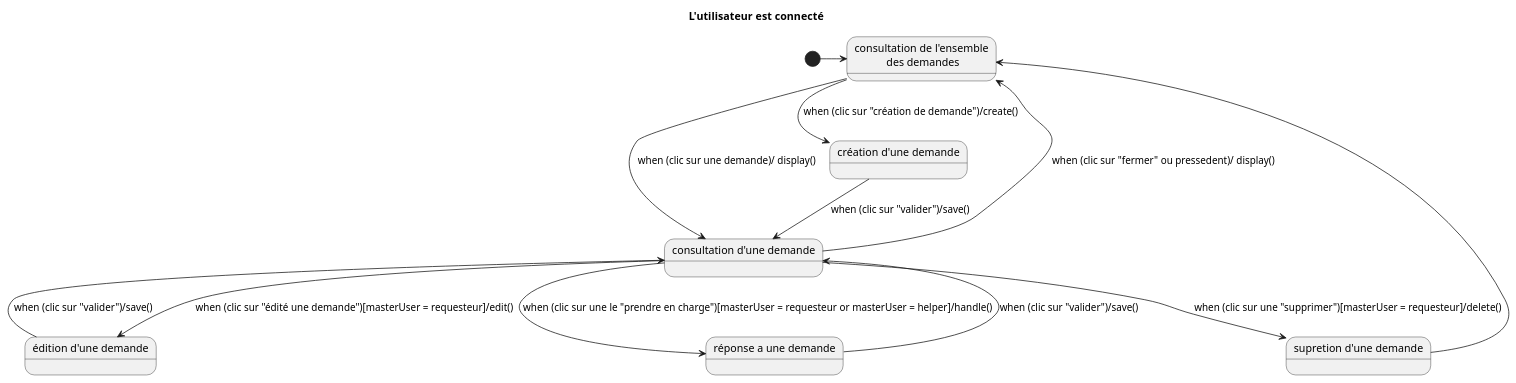
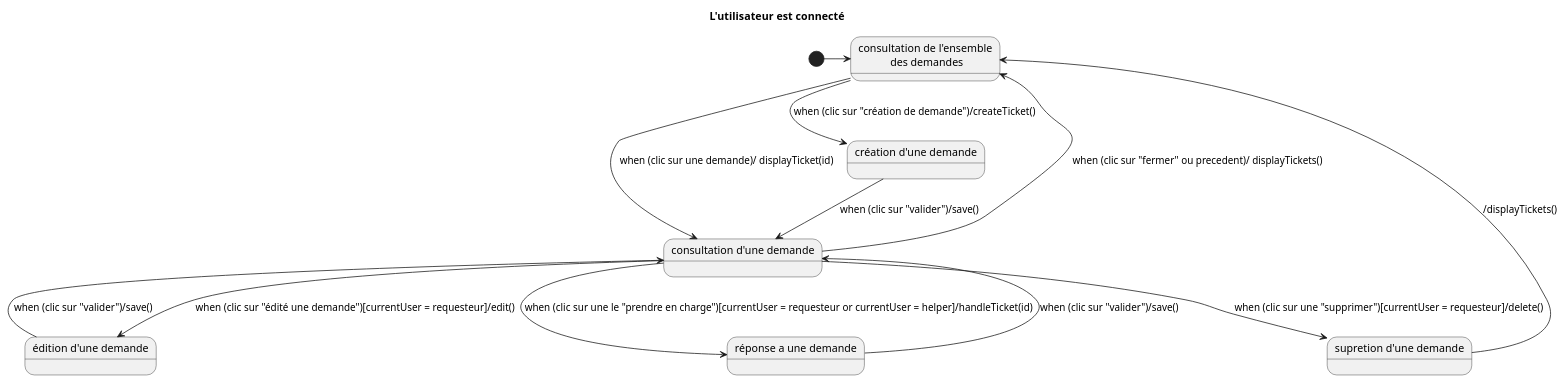
Before and after one commit to dorianleveque/CoHub: the diagram in docs/UML/diagramme etat transition/utilisateurconnecter.puml, drawn with PlantUML.

```diff
--- a/docs/UML/diagramme etat transition/utilisateurconnecter.puml
+++ b/docs/UML/diagramme etat transition/utilisateurconnecter.puml
@@ -1,23 +1,23 @@
 @startuml
 title L'utilisateur est connecté
 
 
   state S5 as "consultation de l'ensemble\n des demandes"
   state S6 as "consultation d'une demande"
   state S7 as "création d'une demande"
   state S8 as "édition d'une demande"
   state S9 as "supretion d'une demande"
   state S10 as "réponse a une demande"
 
   [*] -> S5
-  S5 --> S6 : when (clic sur une demande)/ display()
-  S6 --> S5 : when (clic sur "fermer" ou pressedent)/ display()
-  S5 --> S7 : when (clic sur "création de demande")/create()
-  S6 --> S8 : when (clic sur "édité une demande")[masterUser = requesteur]/edit()
-  S6 --> S9 : when (clic sur une "supprimer")[masterUser = requesteur]/delete()
-  S6 --> S10 : when (clic sur une le "prendre en charge")[masterUser = requesteur or masterUser = helper]/handle()
-  S9 --> S5  
+  S5 --> S6 : when (clic sur une demande)/ displayTicket(id)
+  S6 --> S5 : when (clic sur "fermer" ou precedent)/ displayTickets()
+  S5 --> S7 : when (clic sur "création de demande")/createTicket()
+  S6 --> S8 : when (clic sur "édité une demande")[currentUser = requesteur]/edit()
+  S6 --> S9 : when (clic sur une "supprimer")[currentUser = requesteur]/delete()
+  S6 --> S10 : when (clic sur une le "prendre en charge")[currentUser = requesteur or currentUser = helper]/handleTicket(id)
+  S9 --> S5:  /displayTickets()
   S7 --> S6 : when (clic sur "valider")/save()
   S8 --> S6 : when (clic sur "valider")/save()
   S10 --> S6 : when (clic sur "valider")/save()
 @enduml
```
